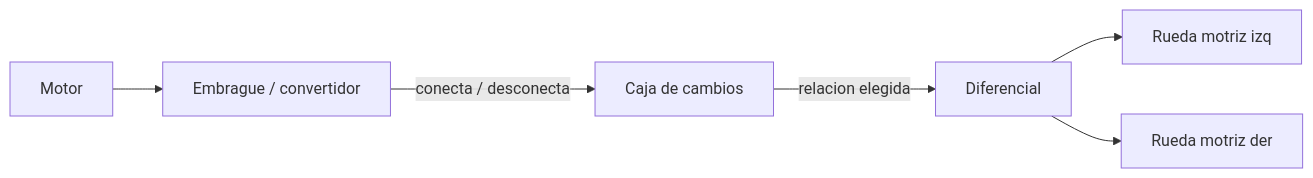
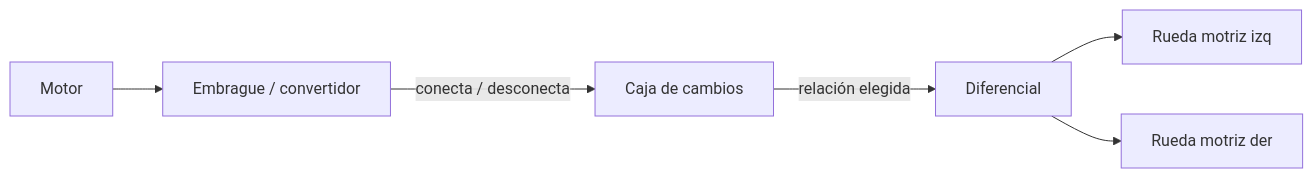
The third of 5 diagrams in vehiculos/automoviles/operacion/sistemas-mecanicos-automovil.md (vladimiracunadev-create/machine-operator-program), drawn with Mermaid before and after one commit. The commit also changed other lines of this file and 442 other files, not shown here.

````diff
--- a/vehiculos/automoviles/operacion/sistemas-mecanicos-automovil.md
+++ b/vehiculos/automoviles/operacion/sistemas-mecanicos-automovil.md
@@ -85,8 +85,8 @@
 ```mermaid
 flowchart LR
     Motor --> Acople[Embrague / convertidor]
     Acople -->|conecta / desconecta| Caja[Caja de cambios]
-    Caja -->|relacion elegida| Final[Diferencial]
+    Caja -->|relación elegida| Final[Diferencial]
     Final --> RuedaI[Rueda motriz izq]
     Final --> RuedaD[Rueda motriz der]
 ```
````
